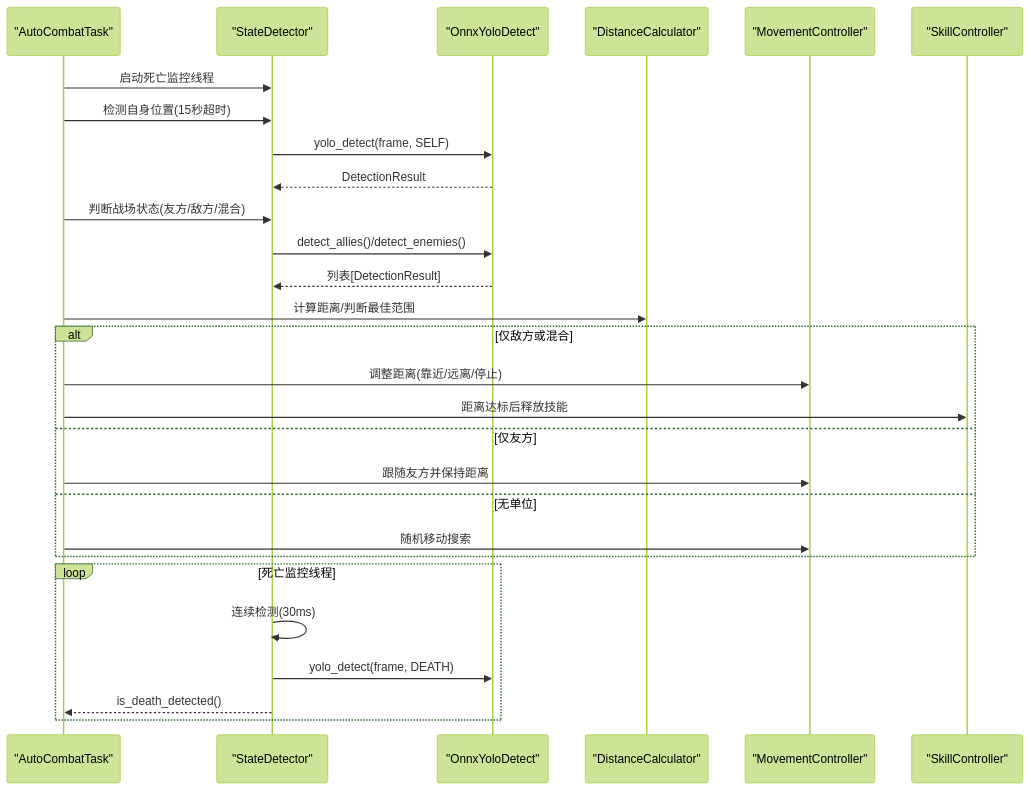
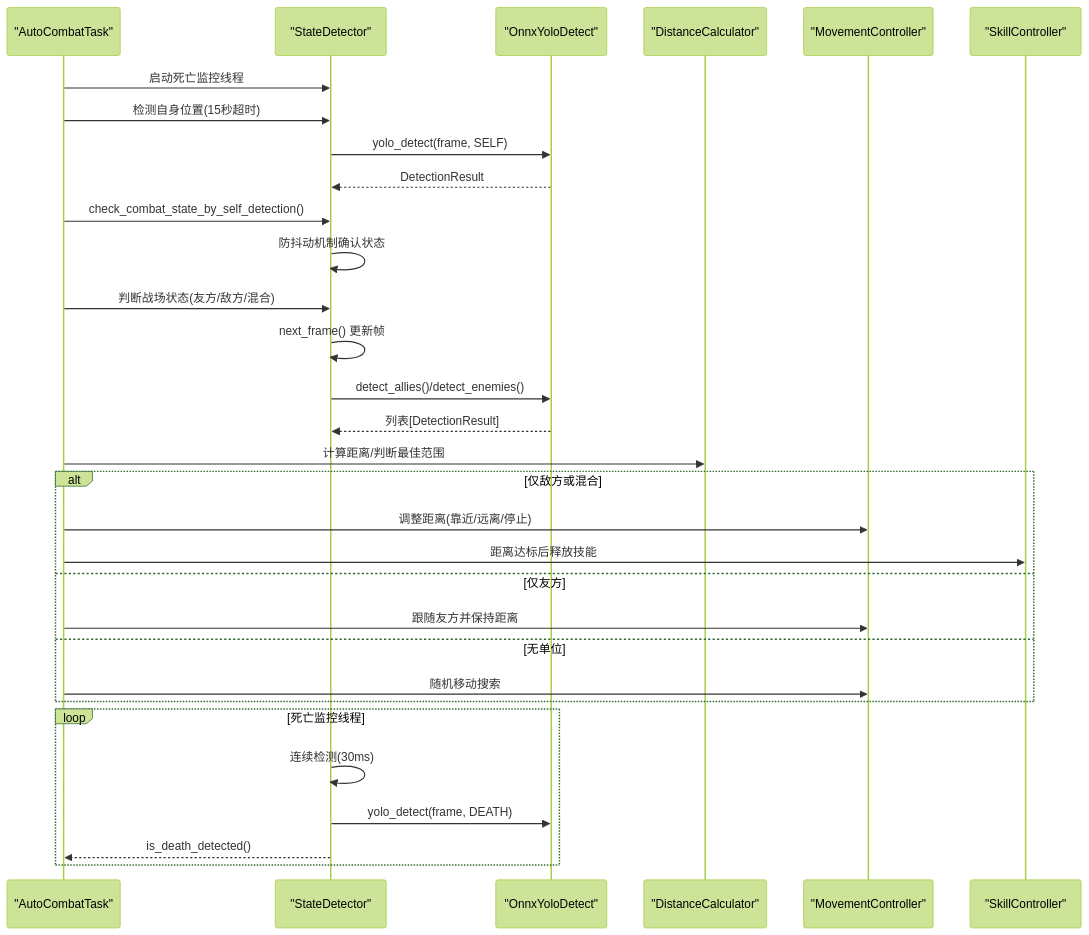
One commit to xsy098-max/ok-jump changed the second of 5 diagrams in .qoder/repowiki/zh/content/战斗系统/战斗状态检测器.md. Above: the diagram before and after it, drawn with Mermaid (forest theme). The commit also changed other lines of this file and 73 other files, not shown here.

````diff
--- a/.qoder/repowiki/zh/content/战斗系统/战斗状态检测器.md
+++ b/.qoder/repowiki/zh/content/战斗系统/战斗状态检测器.md
@@ -128,30 +145,33 @@
 ```mermaid
 sequenceDiagram
 participant Task as "AutoCombatTask"
 participant Detector as "StateDetector"
 participant YOLO as "OnnxYoloDetect"
 participant Dist as "DistanceCalculator"
 participant Move as "MovementController"
 participant Skill as "SkillController"
 Task->>Detector : 启动死亡监控线程
 Task->>Detector : 检测自身位置(15秒超时)
 Detector->>YOLO : yolo_detect(frame, SELF)
 YOLO-->>Detector : DetectionResult
+Task->>Detector : check_combat_state_by_self_detection()
+Detector->>Detector : 防抖动机制确认状态
 Task->>Detector : 判断战场状态(友方/敌方/混合)
+Detector->>Detector : next_frame() 更新帧
 Detector->>YOLO : detect_allies()/detect_enemies()
 YOLO-->>Detector : 列表[DetectionResult]
 Task->>Dist : 计算距离/判断最佳范围
 alt 仅敌方或混合
 Task->>Move : 调整距离(靠近/远离/停止)
 Task->>Skill : 距离达标后释放技能
 else 仅友方
 Task->>Move : 跟随友方并保持距离
 else 无单位
 Task->>Move : 随机移动搜索
 end
 loop 死亡监控线程
 Detector->>Detector : 连续检测(30ms)
 Detector->>YOLO : yolo_detect(frame, DEATH)
 Detector-->>Task : is_death_detected()
 end
 ```
````
